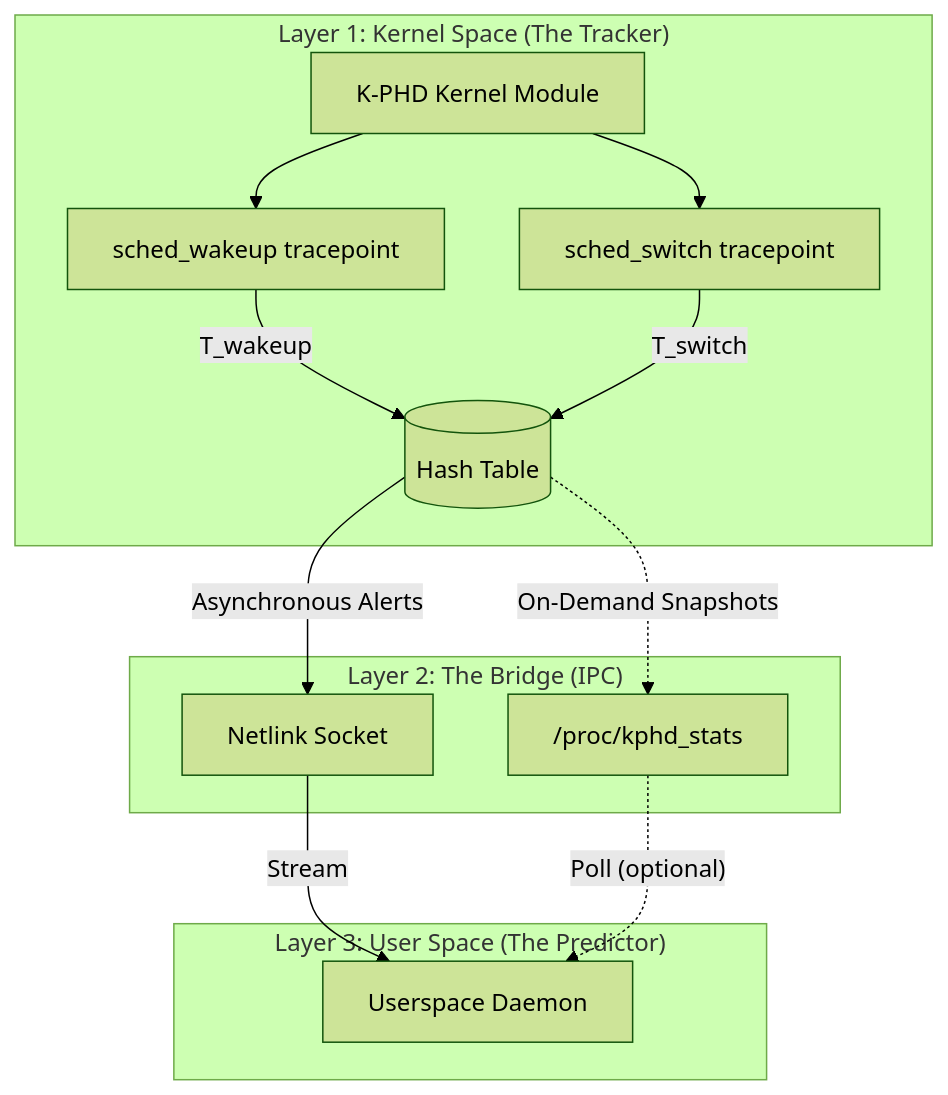
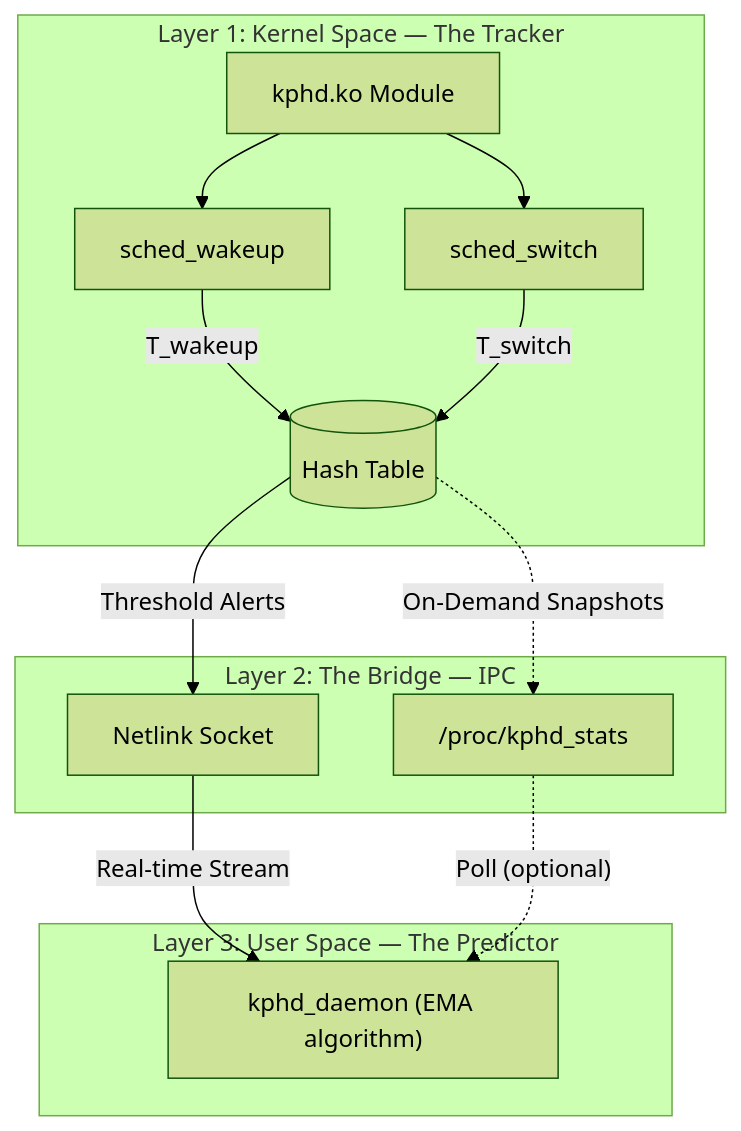
One commit to Atharva-Mendhulkar/K-PHD changed the diagram in Readme.md. Above: the diagram before and after it, drawn with Mermaid (forest theme). The commit also changed other lines of this file and 2 other files, not shown here.

Commit message:
feat: added initial K-PHD CLI management tool for kernel module and daemon control.

````diff
--- a/Readme.md
+++ b/Readme.md
@@ -44,29 +126,29 @@
 ```mermaid
 graph TD
-    subgraph "Layer 3: User Space (The Predictor)"
-        D[Userspace Daemon]
+    subgraph "Layer 3: User Space — The Predictor"
+        D["kphd_daemon (EMA algorithm)"]
     end
 
-    subgraph "Layer 2: The Bridge (IPC)"
+    subgraph "Layer 2: The Bridge — IPC"
         N[Netlink Socket]
         P["/proc/kphd_stats"]
     end
 
-    subgraph "Layer 1: Kernel Space (The Tracker)"
-        M[K-PHD Kernel Module]
+    subgraph "Layer 1: Kernel Space — The Tracker"
+        M[kphd.ko Module]
         H[(Hash Table)]
-        S1[sched_wakeup tracepoint]
-        S2[sched_switch tracepoint]
+        S1[sched_wakeup]
+        S2[sched_switch]
         
         S1 -->|"T_wakeup"| H
         S2 -->|"T_switch"| H
         M --> S1
         M --> S2
     end
     
     H -.->|"On-Demand Snapshots"| P
-    H -->|"Asynchronous Alerts"| N
+    H -->|"Threshold Alerts"| N
     
-    N -->|"Stream"| D
+    N -->|"Real-time Stream"| D
     P -.->|"Poll (optional)"| D
 ```
````
